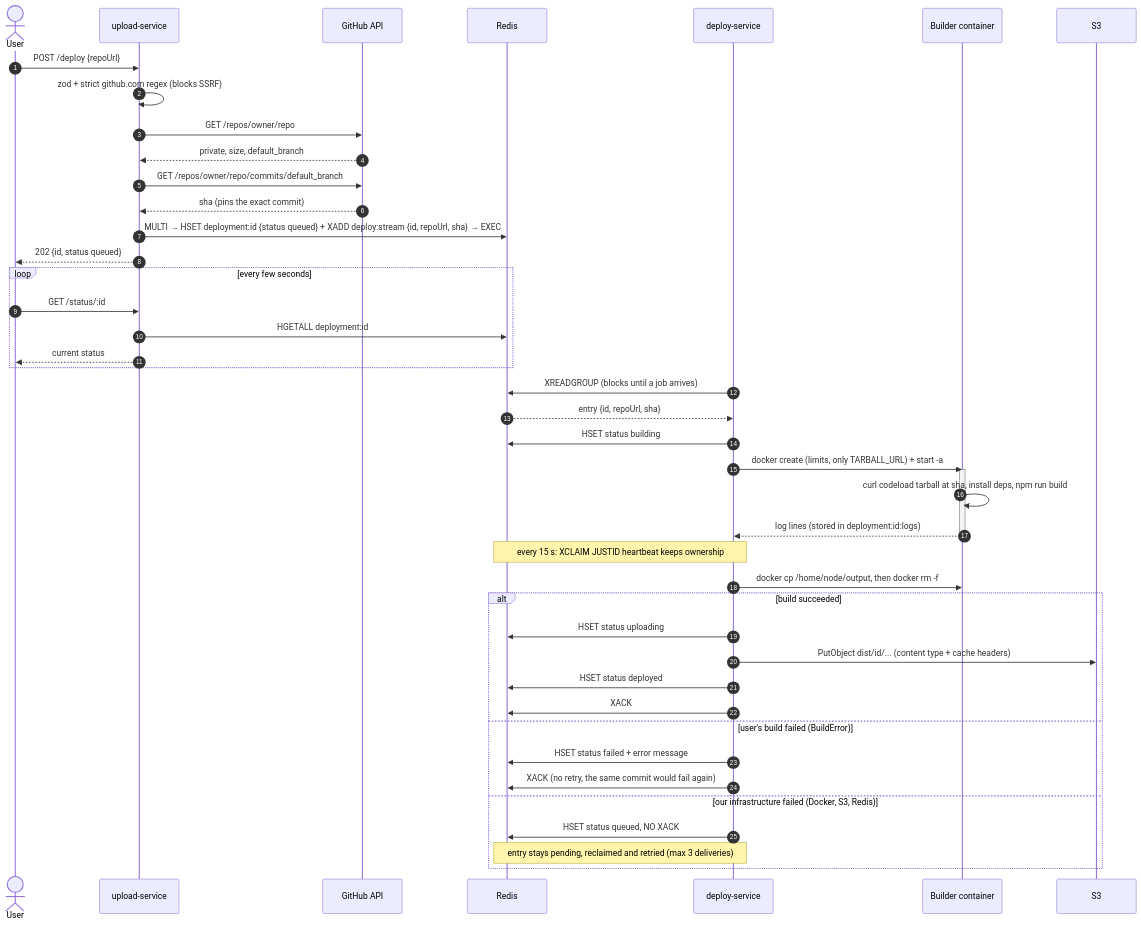
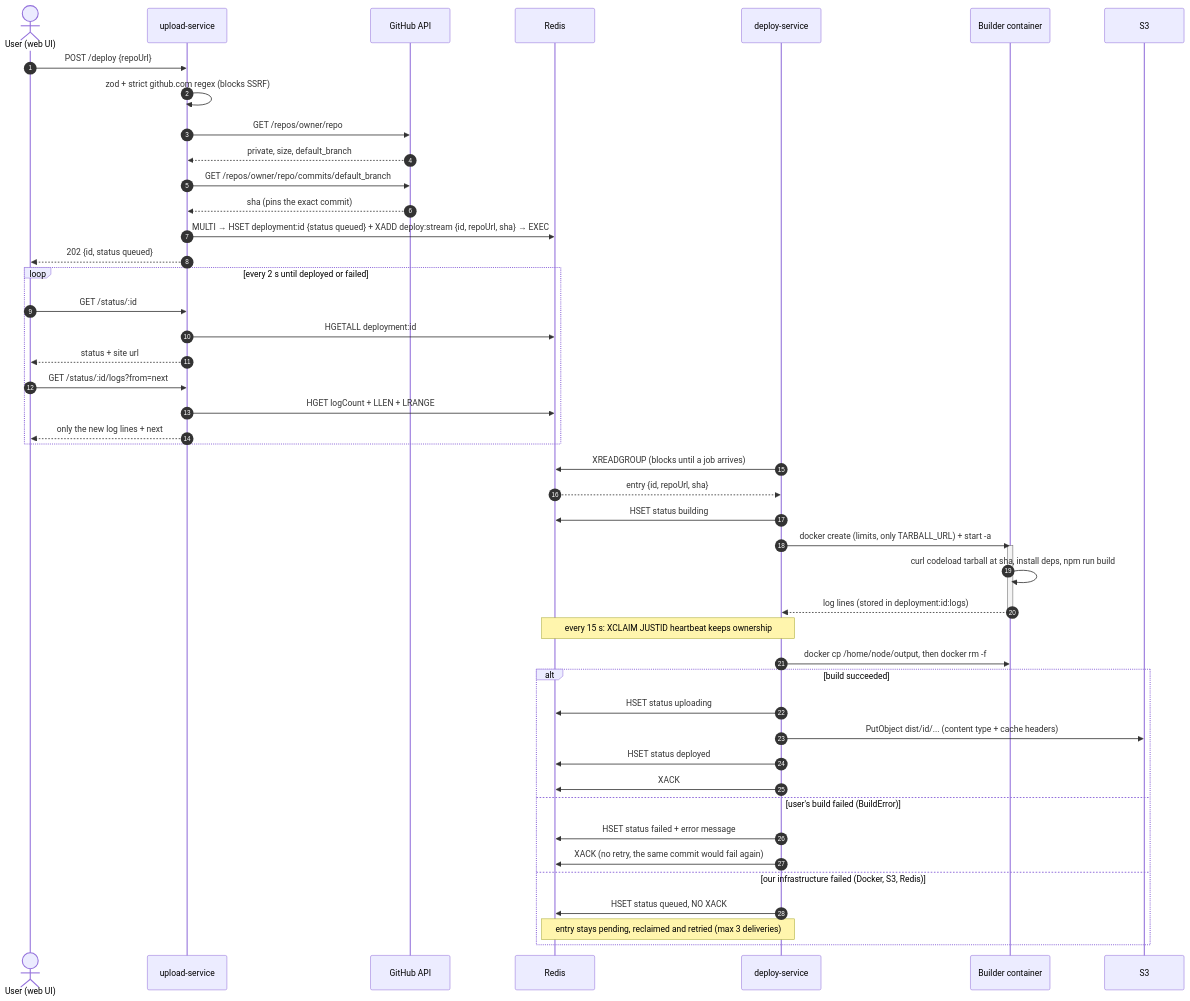
One commit to chaitanyaiscoding/Vercel---Clone changed the second of 6 diagrams in docs/architecture.md. Above: the diagram before and after it, drawn with Mermaid. The commit also changed other lines of this file and 30 other files, not shown here.

````diff
--- a/docs/architecture.md
+++ b/docs/architecture.md
@@ -85,50 +82,53 @@
 ```mermaid
 sequenceDiagram
     autonumber
-    actor U as User
+    actor U as User (web UI)
     participant UP as upload-service
     participant GH as GitHub API
     participant R as Redis
     participant W as deploy-service
     participant B as Builder container
     participant S3 as S3
 
     U->>UP: POST /deploy {repoUrl}
     UP->>UP: zod + strict github.com regex (blocks SSRF)
     UP->>GH: GET /repos/owner/repo
     GH-->>UP: private, size, default_branch
     UP->>GH: GET /repos/owner/repo/commits/default_branch
     GH-->>UP: sha (pins the exact commit)
     UP->>R: MULTI → HSET deployment:id {status queued} + XADD deploy:stream {id, repoUrl, sha} → EXEC
     UP-->>U: 202 {id, status queued}
 
-    loop every few seconds
+    loop every 2 s until deployed or failed
         U->>UP: GET /status/:id
         UP->>R: HGETALL deployment:id
-        UP-->>U: current status
+        UP-->>U: status + site url
+        U->>UP: GET /status/:id/logs?from=next
+        UP->>R: HGET logCount + LLEN + LRANGE
+        UP-->>U: only the new log lines + next
     end
 
     W->>R: XREADGROUP (blocks until a job arrives)
     R-->>W: entry {id, repoUrl, sha}
     W->>R: HSET status building
     W->>B: docker create (limits, only TARBALL_URL) + start -a
     activate B
     B->>B: curl codeload tarball at sha, install deps, npm run build
     B-->>W: log lines (stored in deployment:id:logs)
     deactivate B
     Note over W,R: every 15 s: XCLAIM JUSTID heartbeat keeps ownership
     W->>B: docker cp /home/node/output, then docker rm -f
 
     alt build succeeded
         W->>R: HSET status uploading
         W->>S3: PutObject dist/id/... (content type + cache headers)
         W->>R: HSET status deployed
         W->>R: XACK
     else user's build failed (BuildError)
         W->>R: HSET status failed + error message
         W->>R: XACK (no retry, the same commit would fail again)
     else our infrastructure failed (Docker, S3, Redis)
         W->>R: HSET status queued, NO XACK
         Note over W,R: entry stays pending, reclaimed and retried (max 3 deliveries)
     end
 ```
````
